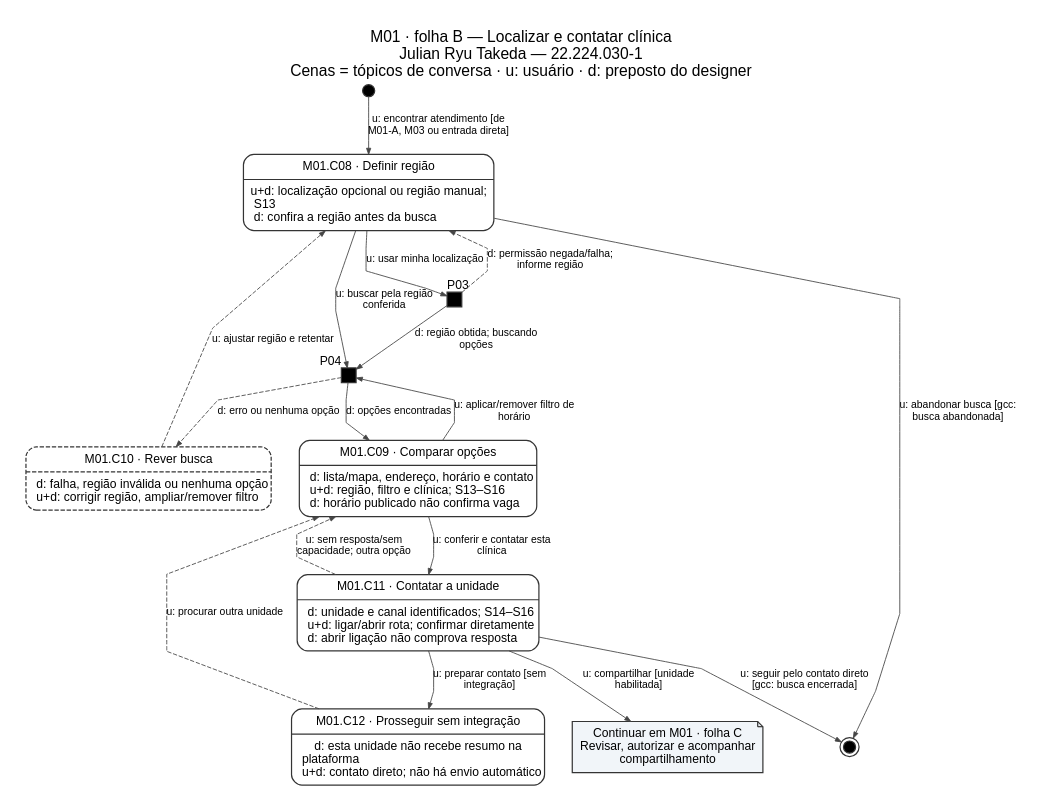
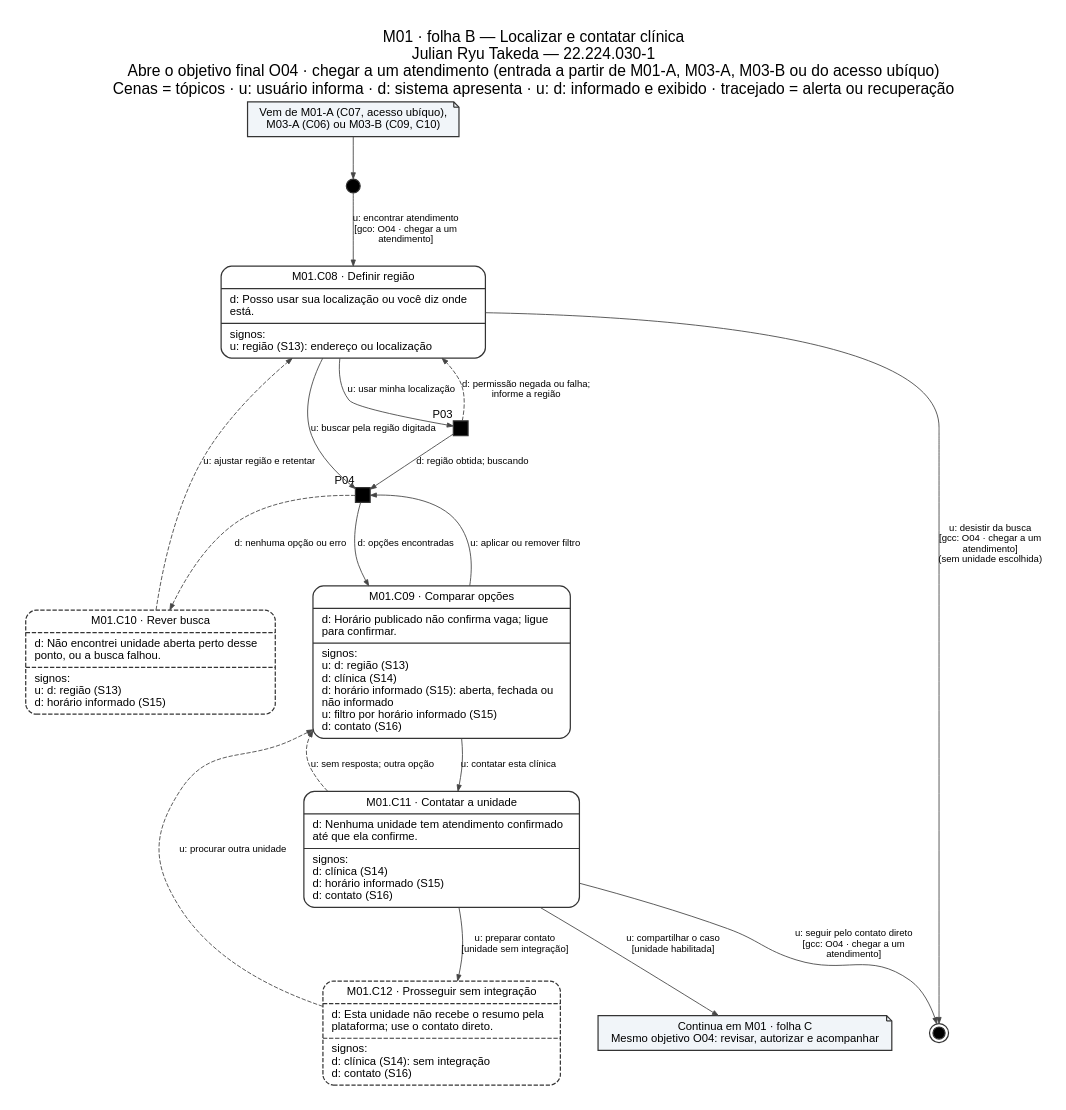
The diagram in assets/10_molic/molic_m01_busca.dot (Ryu2525/INTERFACE-HUMANO-COMPUTADOR), drawn with Graphviz before and after one commit. The commit also changed 16 other files, not shown here.

```diff
--- a/assets/10_molic/molic_m01_busca.dot
+++ b/assets/10_molic/molic_m01_busca.dot
@@ -1,32 +1,35 @@
 digraph molic {
-graph [rankdir=TB, bgcolor="white", pad="0.3", nodesep="0.45", ranksep="0.55", splines=polyline, fontname="Arial", fontsize=18, labelloc=t, label="M01 · folha B — Localizar e contatar clínica\nJulian Ryu Takeda — 22.224.030-1\nCenas = tópicos de conversa · u: usuário · d: preposto do designer"];
-node [fontname="Arial", fontsize=14, color="#343434", penwidth=1.4, margin="0.16,0.10"];
-edge [fontname="Arial", fontsize=12, color="#454545", arrowsize=0.7];
-C08 [shape="Mrecord", label="{M01.C08 · Definir região|u+d: localização opcional ou região manual;\nS13\ld: confira a região antes da busca\l}", style="solid"];
-inicio [shape="circle", style="filled", fillcolor="black", width="0.20", height="0.20", fixedsize="true", label=""];
-P03 [shape="square", style="filled", fillcolor="black", width="0.23", height="0.23", fixedsize="true", label="", xlabel="P03"];
-P04 [shape="square", style="filled", fillcolor="black", width="0.23", height="0.23", fixedsize="true", label="", xlabel="P04"];
-C09 [shape="Mrecord", label="{M01.C09 · Comparar opções|d: lista/mapa, endereço, horário e contato\lu+d: região, filtro e clínica; S13–S16\ld: horário publicado não confirma vaga\l}", style="solid"];
-C10 [shape="Mrecord", label="{M01.C10 · Rever busca|d: falha, região inválida ou nenhuma opção\lu+d: corrigir região, ampliar/remover filtro\l}", style="dashed"];
-C11 [shape="Mrecord", label="{M01.C11 · Contatar a unidade|d: unidade e canal identificados; S14–S16\lu+d: ligar/abrir rota; confirmar diretamente\ld: abrir ligação não comprova resposta\l}", style="solid"];
-C12 [shape="Mrecord", label="{M01.C12 · Prosseguir sem integração|d: esta unidade não recebe resumo na\nplataforma\lu+d: contato direto; não há envio automático\l}", style="solid"];
-C [shape="note", style="filled", fillcolor="#f1f5f9", label="Continuar em M01 · folha C\nRevisar, autorizar e acompanhar\ncompartilhamento"];
+graph [rankdir=TB, bgcolor="white", pad="0.3", nodesep="0.6", ranksep="0.65", splines=true, fontname="Arial", fontsize=18, labelloc=t, label="M01 · folha B — Localizar e contatar clínica\nJulian Ryu Takeda — 22.224.030-1\nAbre o objetivo final O04 · chegar a um atendimento (entrada a partir de M01-A, M03-A, M03-B ou do acesso ubíquo)\nCenas = tópicos · u: usuário informa · d: sistema apresenta · u: d: informado e exibido · tracejado = alerta ou recuperação"];
+node [fontname="Arial", fontsize=13, color="#343434", penwidth=1.4, margin="0.14,0.08"];
+edge [fontname="Arial", fontsize=11, color="#454545", arrowsize=0.7];
+REF [shape="note", style="filled", fillcolor="#f1f5f9", fontsize=13, label="Vem de M01-A (C07, acesso ubíquo),\nM03-A (C06) ou M03-B (C09, C10)"];
+inicio [shape="circle", style="filled", fillcolor="black", width="0.22", height="0.22", fixedsize="true", label=""];
+C08 [shape="Mrecord", style="solid", label="{M01.C08 · Definir região|d: Posso usar sua localização ou você diz onde\l   está.\l|signos:\lu: região (S13): endereço ou localização\l}"];
+P03 [shape="square", style="filled", fillcolor="black", width="0.24", height="0.24", fixedsize="true", label="", xlabel="P03"];
+P04 [shape="square", style="filled", fillcolor="black", width="0.24", height="0.24", fixedsize="true", label="", xlabel="P04"];
+C09 [shape="Mrecord", style="solid", label="{M01.C09 · Comparar opções|d: Horário publicado não confirma vaga; ligue\l   para confirmar.\l|signos:\lu: d: região (S13)\ld: clínica (S14)\ld: horário informado (S15): aberta, fechada ou\l      não informado\lu: filtro por horário informado (S15)\ld: contato (S16)\l}"];
+C10 [shape="Mrecord", style="dashed", label="{M01.C10 · Rever busca|d: Não encontrei unidade aberta perto desse\l   ponto, ou a busca falhou.\l|signos:\lu: d: região (S13)\ld: horário informado (S15)\l}"];
+C11 [shape="Mrecord", style="solid", label="{M01.C11 · Contatar a unidade|d: Nenhuma unidade tem atendimento confirmado\l   até que ela confirme.\l|signos:\ld: clínica (S14)\ld: horário informado (S15)\ld: contato (S16)\l}"];
+C12 [shape="Mrecord", style="dashed", label="{M01.C12 · Prosseguir sem integração|d: Esta unidade não recebe o resumo pela\l   plataforma; use o contato direto.\l|signos:\ld: clínica (S14): sem integração\ld: contato (S16)\l}"];
+C [shape="note", style="filled", fillcolor="#f1f5f9", fontsize=13, label="Continua em M01 · folha C\nMesmo objetivo O04: revisar, autorizar e acompanhar"];
 fim [shape="doublecircle", style="filled", fillcolor="black", width="0.20", height="0.20", fixedsize="true", label=""];
-C09 -> C11 -> C12 [style=invis, weight=100];
-inicio -> C08 [label="u: encontrar atendimento [de\nM01-A, M03 ou entrada direta]"];
+C09 -> C11 [style=invis, weight=40];
+C11 -> C12 [style=invis, weight=40];
+REF -> inicio;
+inicio -> C08 [label="u: encontrar atendimento\n[gco: O04 · chegar a um\natendimento]"];
 C08 -> P03 [label="u: usar minha localização"];
-P03 -> C08 [label="d: permissão negada/falha;\ninforme região", style="dashed"];
-P03 -> P04 [label="d: região obtida; buscando\nopções"];
-C08 -> P04 [label="u: buscar pela região\nconferida"];
+P03 -> C08 [label="d: permissão negada ou falha;\ninforme a região", style="dashed"];
+P03 -> P04 [label="d: região obtida; buscando"];
+C08 -> P04 [label="u: buscar pela região digitada"];
 P04 -> C09 [label="d: opções encontradas"];
-P04 -> C10 [label="d: erro ou nenhuma opção", style="dashed"];
+P04 -> C10 [label="d: nenhuma opção ou erro", style="dashed"];
 C10 -> C08 [label="u: ajustar região e retentar", style="dashed"];
-C09 -> P04 [label="u: aplicar/remover filtro de\nhorário"];
-C09 -> C11 [label="u: conferir e contatar esta\nclínica"];
-C11 -> C09 [label="u: sem resposta/sem\ncapacidade; outra opção", style="dashed"];
-C11 -> C [label="u: compartilhar [unidade\nhabilitada]"];
-C11 -> C12 [label="u: preparar contato [sem\nintegração]"];
+C09 -> P04 [label="u: aplicar ou remover filtro"];
+C09 -> C11 [label="u: contatar esta clínica"];
+C11 -> C09 [label="u: sem resposta; outra opção", style="dashed"];
+C11 -> C [label="u: compartilhar o caso\n[unidade habilitada]"];
+C11 -> C12 [label="u: preparar contato\n[unidade sem integração]"];
 C12 -> C09 [label="u: procurar outra unidade", style="dashed"];
-C11 -> fim [label="u: seguir pelo contato direto\n[gcc: busca encerrada]"];
-C08 -> fim [label="u: abandonar busca [gcc:\nbusca abandonada]"];
+C11 -> fim [label="u: seguir pelo contato direto\n[gcc: O04 · chegar a um\natendimento]"];
+C08 -> fim [label="u: desistir da busca\n[gcc: O04 · chegar a um\natendimento]\n(sem unidade escolhida)"];
 }
```
